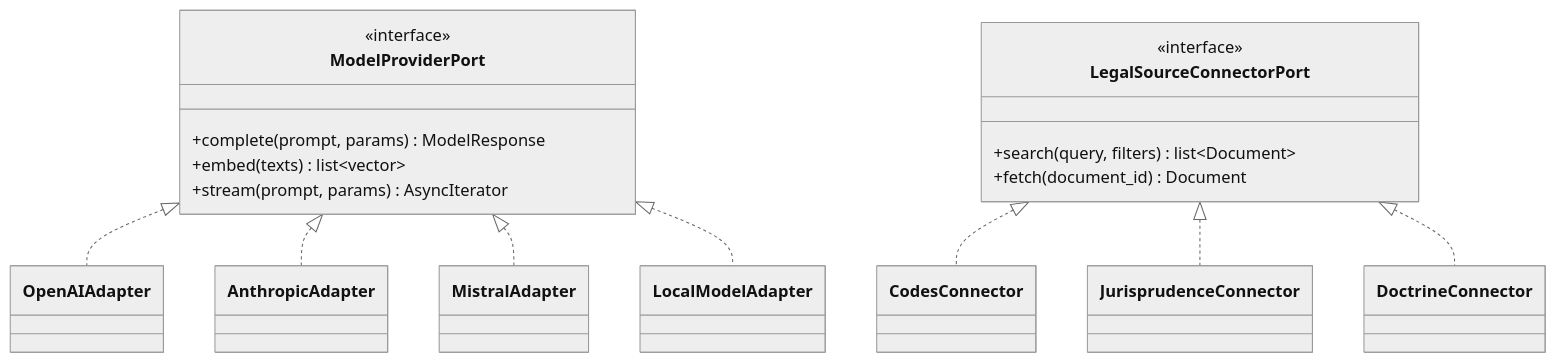
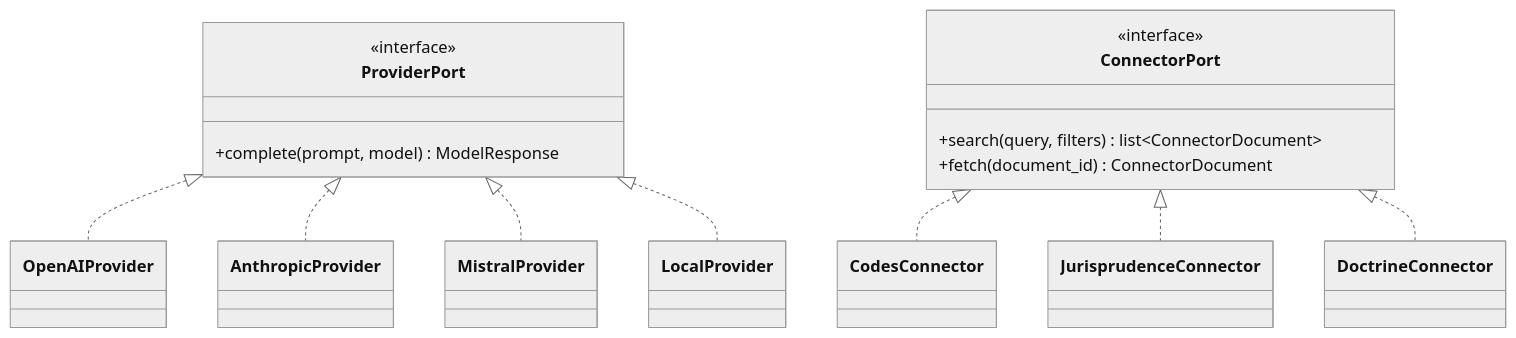
The third of 3 diagrams in docs/03-architecture-technique.md (rdaubras/tmis), drawn with Mermaid (neutral theme) before and after one commit. The commit also changed other lines of this file and 119 other files, not shown here.

````diff
--- a/docs/03-architecture-technique.md
+++ b/docs/03-architecture-technique.md
@@ -134,29 +140,27 @@
 ```mermaid
 classDiagram
-    class ModelProviderPort {
+    class ProviderPort {
         <<interface>>
-        +complete(prompt, params) ModelResponse
-        +embed(texts) list~vector~
-        +stream(prompt, params) AsyncIterator
+        +complete(prompt, model) ModelResponse
     }
-    class OpenAIAdapter
-    class AnthropicAdapter
-    class MistralAdapter
-    class LocalModelAdapter
-    ModelProviderPort <|.. OpenAIAdapter
-    ModelProviderPort <|.. AnthropicAdapter
-    ModelProviderPort <|.. MistralAdapter
-    ModelProviderPort <|.. LocalModelAdapter
+    class OpenAIProvider
+    class AnthropicProvider
+    class MistralProvider
+    class LocalProvider
+    ProviderPort <|.. OpenAIProvider
+    ProviderPort <|.. AnthropicProvider
+    ProviderPort <|.. MistralProvider
+    ProviderPort <|.. LocalProvider
 
-    class LegalSourceConnectorPort {
+    class ConnectorPort {
         <<interface>>
-        +search(query, filters) list~Document~
-        +fetch(document_id) Document
+        +search(query, filters) list~ConnectorDocument~
+        +fetch(document_id) ConnectorDocument
     }
     class CodesConnector
     class JurisprudenceConnector
     class DoctrineConnector
-    LegalSourceConnectorPort <|.. CodesConnector
-    LegalSourceConnectorPort <|.. JurisprudenceConnector
-    LegalSourceConnectorPort <|.. DoctrineConnector
+    ConnectorPort <|.. CodesConnector
+    ConnectorPort <|.. JurisprudenceConnector
+    ConnectorPort <|.. DoctrineConnector
 ```
````
